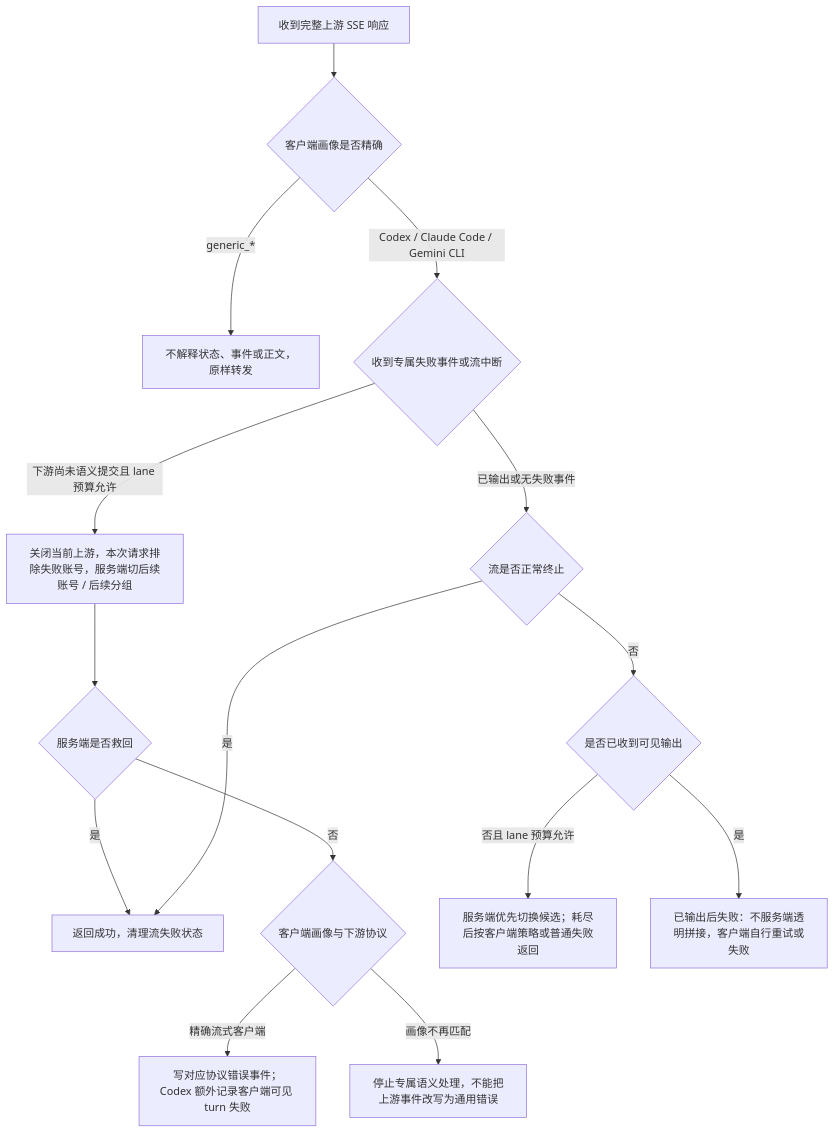
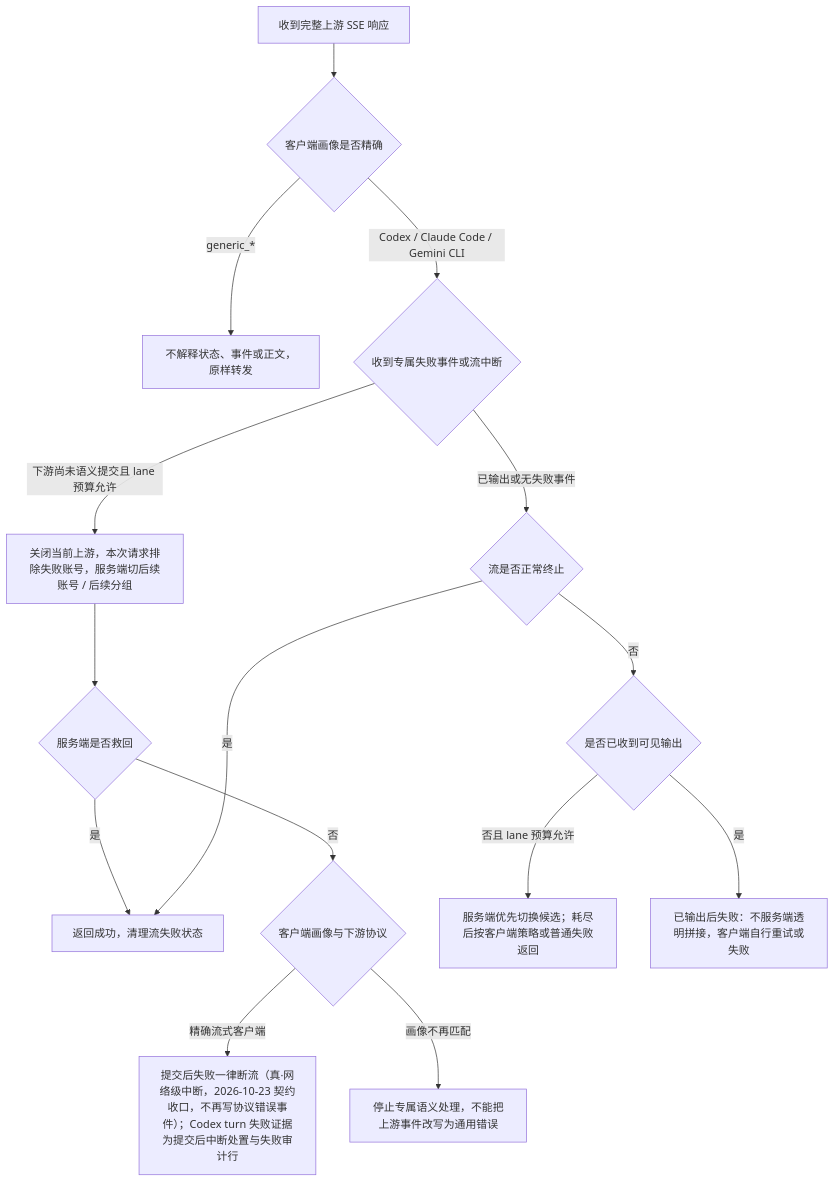
Before and after one commit to huanmin123/juhe-ai: the second of 3 diagrams in docs/functions/网关异常重试与兜底策略.md, drawn with Mermaid. The commit also changed other lines of this file and 30 other files, not shown here.

````diff
--- a/docs/functions/网关异常重试与兜底策略.md
+++ b/docs/functions/网关异常重试与兜底策略.md
@@ -172,17 +172,17 @@
 ```mermaid
 flowchart TD
   A["收到完整上游 SSE 响应"] --> B{"客户端画像是否精确"}
   B -- "generic_*" --> J["不解释状态、事件或正文，原样转发"]
   B -- "Codex / Claude Code / Gemini CLI" --> C{"收到专属失败事件或流中断"}
   C -- "下游尚未语义提交且 lane 预算允许" --> D["关闭当前上游，本次请求排除失败账号，服务端切后续账号 / 后续分组"]
   D --> M{"服务端是否救回"}
   M -- "是" --> F["返回后续账号成功流，客户端无感"]
   M -- "否" --> N{"客户端画像与下游协议"}
-  N -- "精确流式客户端" --> O["写对应协议错误事件；Codex 额外记录客户端可见 turn 失败"]
+  N -- "精确流式客户端" --> O["提交后失败一律断流（真·网络级中断，2026-10-23 契约收口，不再写协议错误事件）；Codex turn 失败证据为提交后中断处置与失败审计行"]
   N -- "画像不再匹配" --> P["停止专属语义处理，不能把上游事件改写为通用错误"]
   C -- "已输出或无失败事件" --> E{"流是否正常终止"}
   E -- "是" --> F["返回成功，清理流失败状态"]
   E -- "否" --> G{"是否已收到可见输出"}
   G -- "否且 lane 预算允许" --> H["服务端优先切换候选；耗尽后按客户端策略或普通失败返回"]
   G -- "是" --> I["已输出后失败：不服务端透明拼接，客户端自行重试或失败"]
 ```
````
